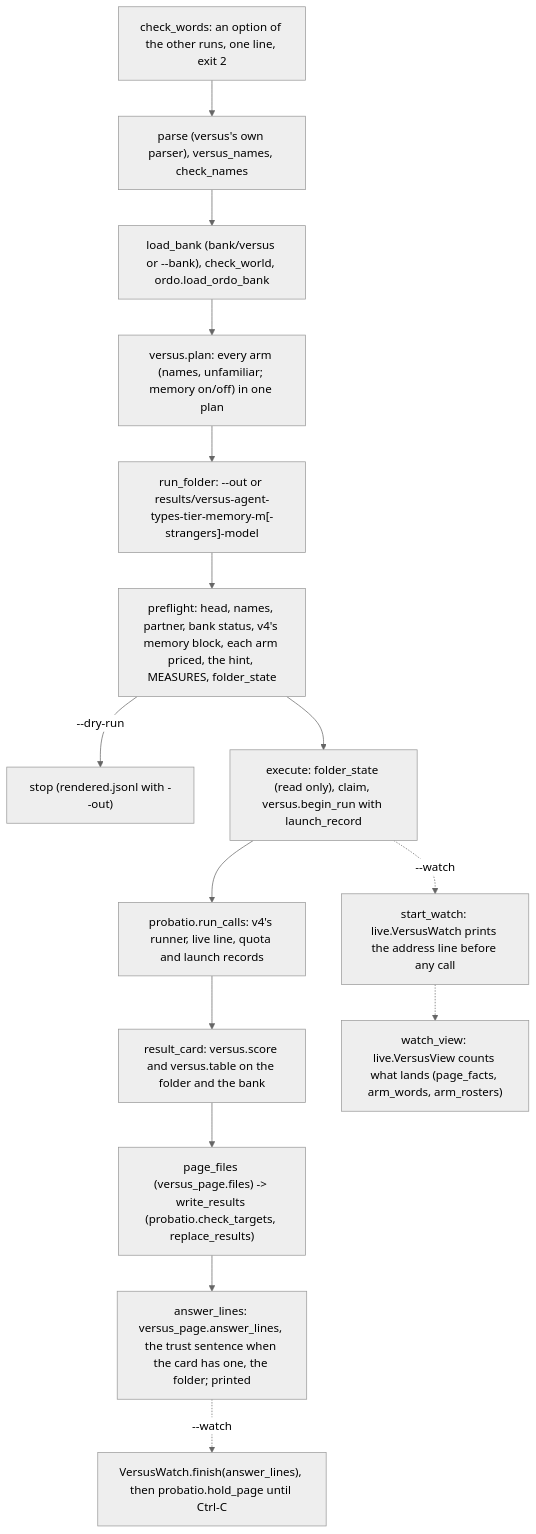
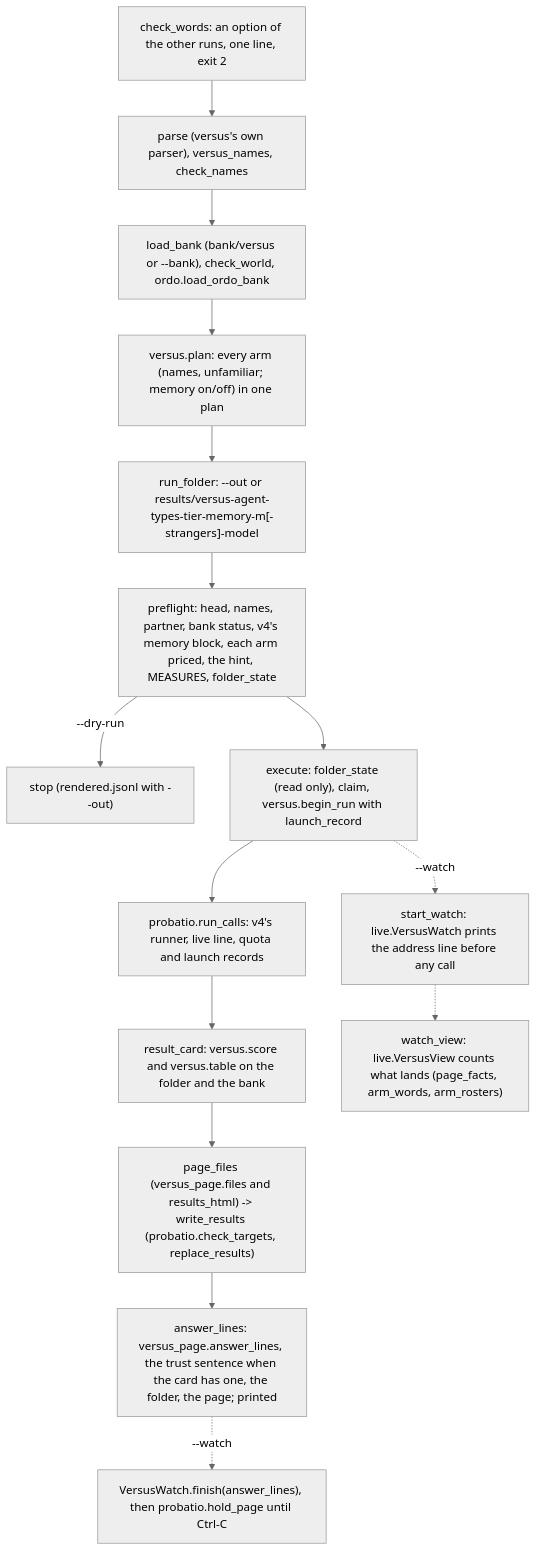
Before and after one commit to EphraiemSarabamoun/probatio: the sixth of 10 diagrams in Human.md, drawn with Mermaid (neutral theme). The commit also changed other lines of this file and 20 other files, not shown here.

````diff
--- a/Human.md
+++ b/Human.md
@@ -347,17 +354,17 @@
 ```mermaid
 flowchart TD
   W["check_words: an option of the other runs, one line, exit 2"] --> A["parse (versus's own parser), versus_names, check_names"]
   A --> K["load_bank (bank/versus or --bank), check_world, ordo.load_ordo_bank"]
   K --> PL["versus.plan: every arm (names, unfamiliar; memory on/off) in one plan"]
   PL --> F["run_folder: --out or results/versus-agent-types-tier-memory-m[-strangers]-model"]
   F --> PF["preflight: head, names, partner, bank status, v4's memory block, each arm priced, the hint, MEASURES, folder_state"]
   PF -->|--dry-run| X["stop (rendered.jsonl with --out)"]
   PF --> EX["execute: folder_state (read only), claim, versus.begin_run with launch_record"]
   EX --> RC["probatio.run_calls: v4's runner, live line, quota and launch records"]
   RC --> SC["result_card: versus.score and versus.table on the folder and the bank"]
-  SC --> WR["page_files (versus_page.files) -> write_results (probatio.check_targets, replace_results)"]
-  WR --> PA["answer_lines: versus_page.answer_lines, the trust sentence when the card has one, the folder; printed"]
+  SC --> WR["page_files (versus_page.files and results_html) -> write_results (probatio.check_targets, replace_results)"]
+  WR --> PA["answer_lines: versus_page.answer_lines, the trust sentence when the card has one, the folder, the page; printed"]
   EX -.->|--watch| SW["start_watch: live.VersusWatch prints the address line before any call"]
   SW -.-> WV["watch_view: live.VersusView counts what lands (page_facts, arm_words, arm_rosters)"]
   PA -.->|--watch| WF["VersusWatch.finish(answer_lines), then probatio.hold_page until Ctrl-C"]
 ```
````
